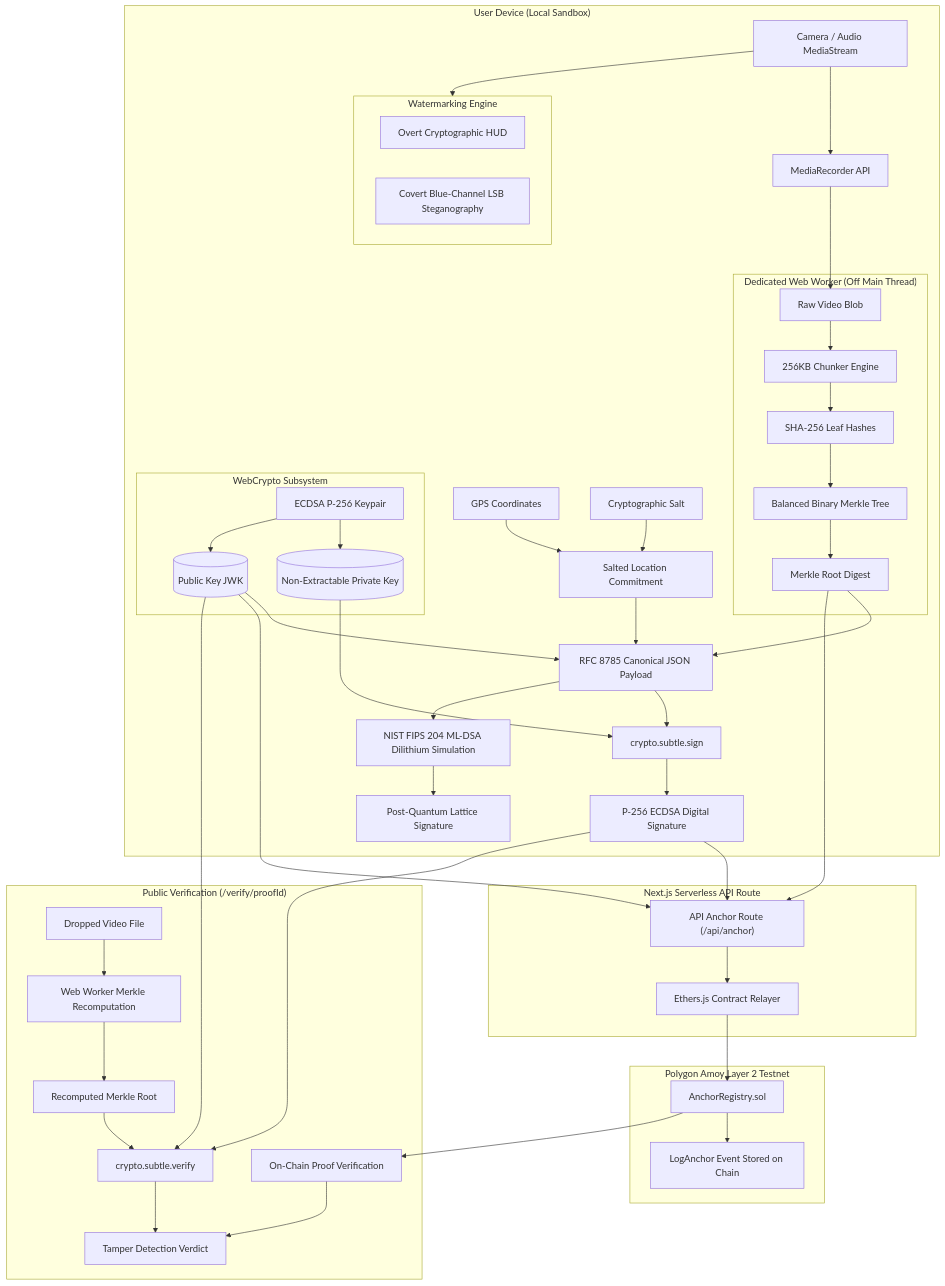
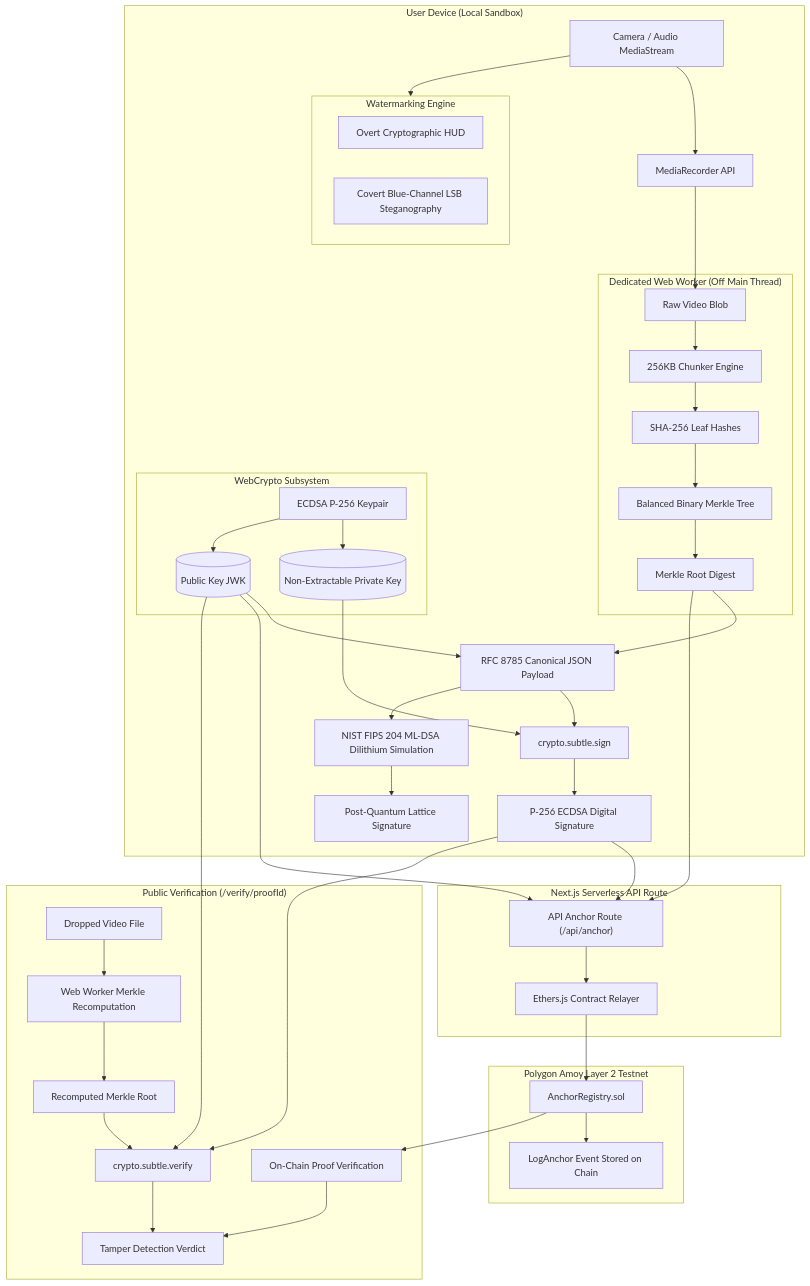
One commit to agasNIT/trueframe-gdg changed the diagram in README.md. Above: the diagram before and after it, drawn with Mermaid. The commit also changed other lines of this file and 4 other files, not shown here.

````diff
--- a/README.md
+++ b/README.md
@@ -15,66 +15,62 @@
 ```mermaid
 flowchart TD
     subgraph Browser ["User Device (Local Sandbox)"]
         Cam["Camera / Audio MediaStream"] --> Recorder["MediaRecorder API"]
         Recorder --> VideoBlob["Raw Video Blob"]
         
         subgraph WebWorker ["Dedicated Web Worker (Off Main Thread)"]
             VideoBlob --> Chunker["256KB Chunker Engine"]
             Chunker --> Hashes["SHA-256 Leaf Hashes"]
             Hashes --> Merkle["Balanced Binary Merkle Tree"]
             Merkle --> Root["Merkle Root Digest"]
         end
         
         subgraph KeyGen ["WebCrypto Subsystem"]
             KeyGenNode["ECDSA P-256 Keypair"]
             PrivKey[("Non-Extractable Private Key")]
             PubKey[("Public Key JWK")]
             KeyGenNode --> PrivKey
             KeyGenNode --> PubKey
         end
         
         subgraph Forensic ["Watermarking Engine"]
             HUD["Overt Cryptographic HUD"]
             LSB["Covert Blue-Channel LSB Steganography"]
         end
 
         Cam --> Forensic
         
-        GPS["GPS Coordinates"] --> SaltedGPS["Salted Location Commitment"]
-        Salt["Cryptographic Salt"] --> SaltedGPS
-        
         Root --> Canonical["RFC 8785 Canonical JSON Payload"]
         PubKey --> Canonical
-        SaltedGPS --> Canonical
         
         Canonical --> Signer["crypto.subtle.sign"]
         PrivKey --> Signer
         Signer --> Signature["P-256 ECDSA Digital Signature"]
         
         Canonical --> PQC["NIST FIPS 204 ML-DSA Dilithium Simulation"]
         PQC --> PQCSig["Post-Quantum Lattice Signature"]
     end
 
     subgraph Relayer ["Next.js Serverless API Route"]
         Signature --> AnchorEndpoint["API Anchor Route (/api/anchor)"]
         Root --> AnchorEndpoint
         PubKey --> AnchorEndpoint
         AnchorEndpoint --> TxPipeline["Ethers.js Contract Relayer"]
     end
 
     subgraph Blockchain ["Polygon Amoy Layer 2 Testnet"]
         TxPipeline --> SmartContract["AnchorRegistry.sol"]
         SmartContract --> EventLog["LogAnchor Event Stored on Chain"]
     end
 
     subgraph Verifier ["Public Verification (/verify/proofId)"]
         CandidateVideo["Dropped Video File"] --> VerifierWorker["Web Worker Merkle Recomputation"]
         VerifierWorker --> CandidateRoot["Recomputed Merkle Root"]
         CandidateRoot --> SubtleVerify["crypto.subtle.verify"]
         Signature --> SubtleVerify
         PubKey --> SubtleVerify
         SmartContract --> ChainLookup["On-Chain Proof Verification"]
         SubtleVerify --> Verdict["Tamper Detection Verdict"]
         ChainLookup --> Verdict
     end
 ```
````
